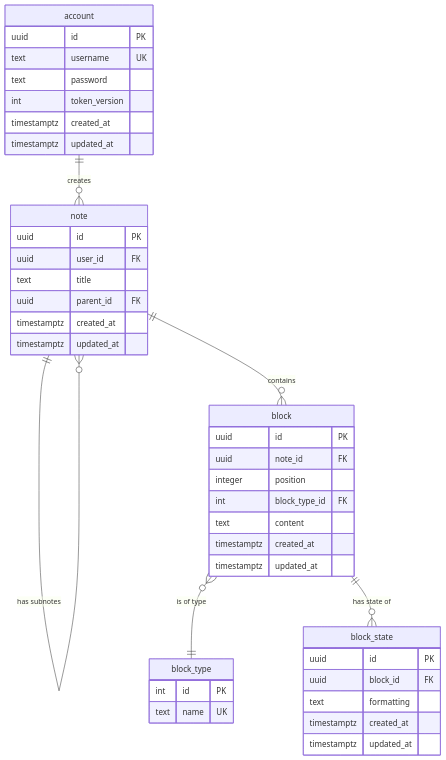
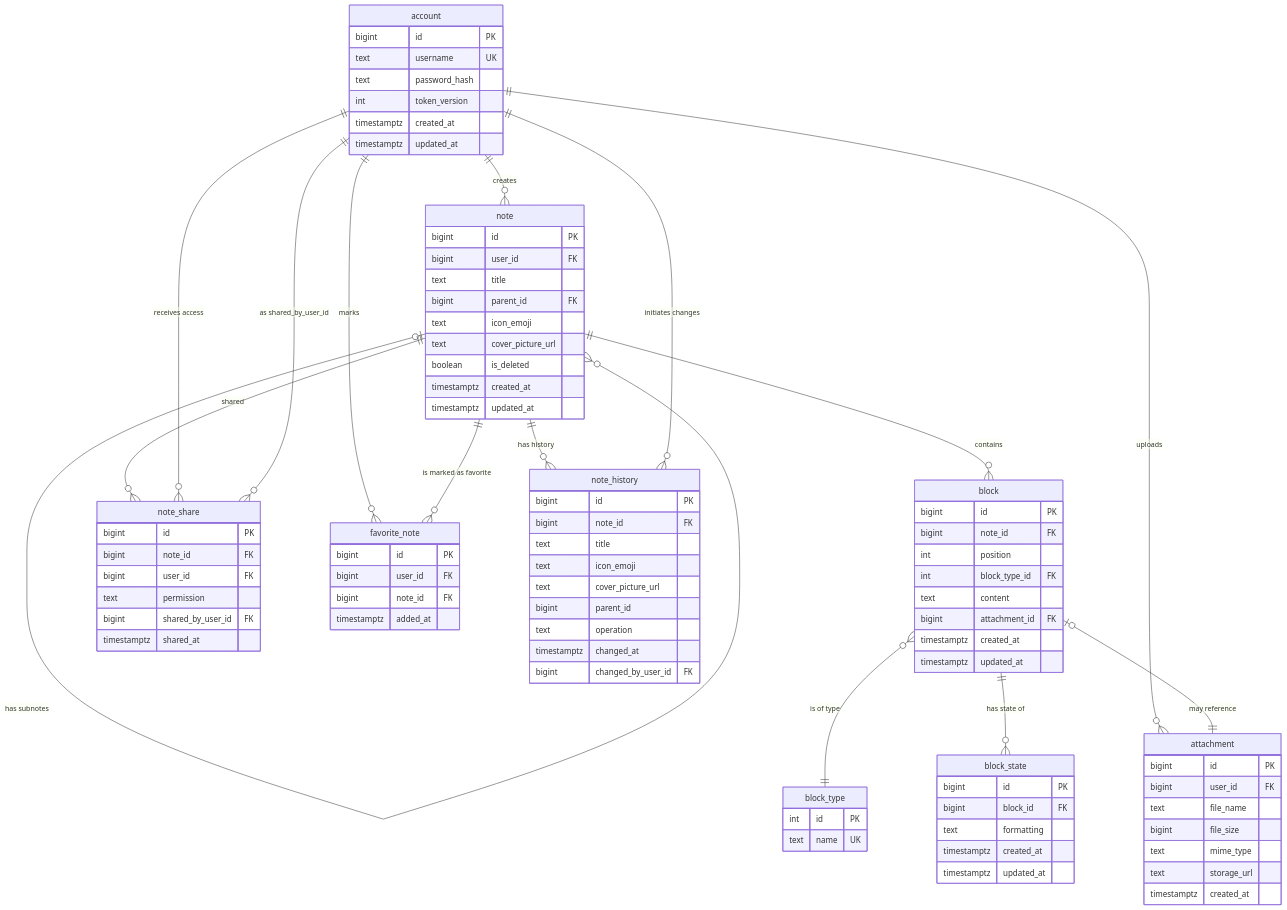
The diagram in normalized/ERdiagram.md (go-park-mail-ru/2026_1_WHITECROWSOFT), drawn with Mermaid before and after one commit. The commit also changed 1 other file, not shown here.

Commit message:
[docs] add tables attachment, note_share, favorite_note, note_history and small changes in other tables

````diff
--- a/normalized/ERdiagram.md
+++ b/normalized/ERdiagram.md
@@ -1,29 +1,33 @@
 ```mermaid
 erDiagram
     account {
-        uuid id PK
+        bigint id PK
         text username UK
-        text password
+        text password_hash
         int token_version
         timestamptz created_at
         timestamptz updated_at
     }
     
     note {
-        uuid id PK
-        uuid user_id FK
+        bigint id PK
+        bigint user_id FK
         text title
-        uuid parent_id FK
+        bigint parent_id FK
+        text icon_emoji
+        text cover_picture_url
+        boolean is_deleted
         timestamptz created_at
         timestamptz updated_at
     }
     
     block {
-        uuid id PK
-        uuid note_id FK
-        integer position
+        bigint id PK
+        bigint note_id FK
+        int position
         int block_type_id FK
         text content
+        bigint attachment_id FK
         timestamptz created_at
         timestamptz updated_at
     }
@@ -34,16 +38,67 @@
     }
 
     block_state {
-        uuid id PK
-        uuid block_id FK
+        bigint id PK
+        bigint block_id FK
         text formatting
         timestamptz created_at
         timestamptz updated_at
     }
 
+    attachment {
+        bigint id PK
+        bigint user_id FK
+        text file_name
+        bigint file_size
+        text mime_type
+        text storage_url
+        timestamptz created_at
+    }
+
+    note_share {
+        bigint id PK
+        bigint note_id FK
+        bigint user_id FK
+        text permission
+        bigint shared_by_user_id FK
+        timestamptz shared_at
+    }
+
+    favorite_note {
+        bigint id PK
+        bigint user_id FK
+        bigint note_id FK
+        timestamptz added_at
+    }
+
+    note_history {
+        bigint id PK
+        bigint note_id FK
+        text title
+        text icon_emoji
+        text cover_picture_url
+        bigint parent_id
+        text operation
+        timestamptz changed_at
+        bigint changed_by_user_id FK
+    }
+
     account ||--o{ note : "creates"
-    note ||--o{ note : "has subnotes"
+    note |o--o{ note : "has subnotes"
+    account ||--o{ attachment : "uploads"
+
+    note ||--o{ note_share : "shared"
+    account ||--o{ note_share : "receives access"
+    account ||--o{ note_share : "as shared_by_user_id"
+
+    note ||--o{ note_history : "has history"
+    account ||--o{ note_history : "initiates changes"
+
+    account ||--o{ favorite_note : "marks"
+    note ||--o{ favorite_note : "is marked as favorite"
+
     note ||--o{ block : "contains"
     block }o--|| block_type : "is of type"
     block ||--o{ block_state : "has state of"
+    block |o--|| attachment : "may reference"
 ```
````
